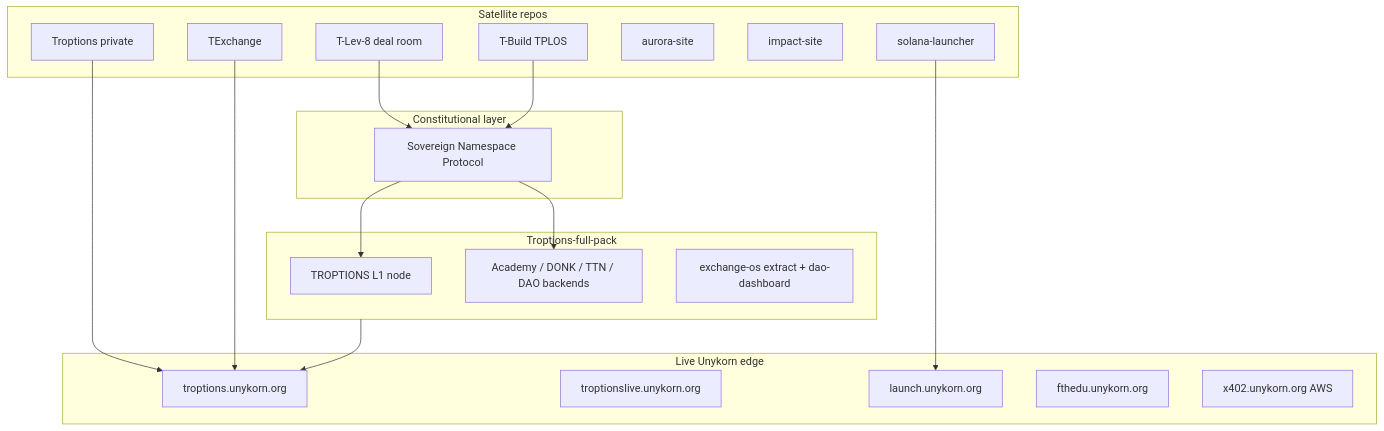
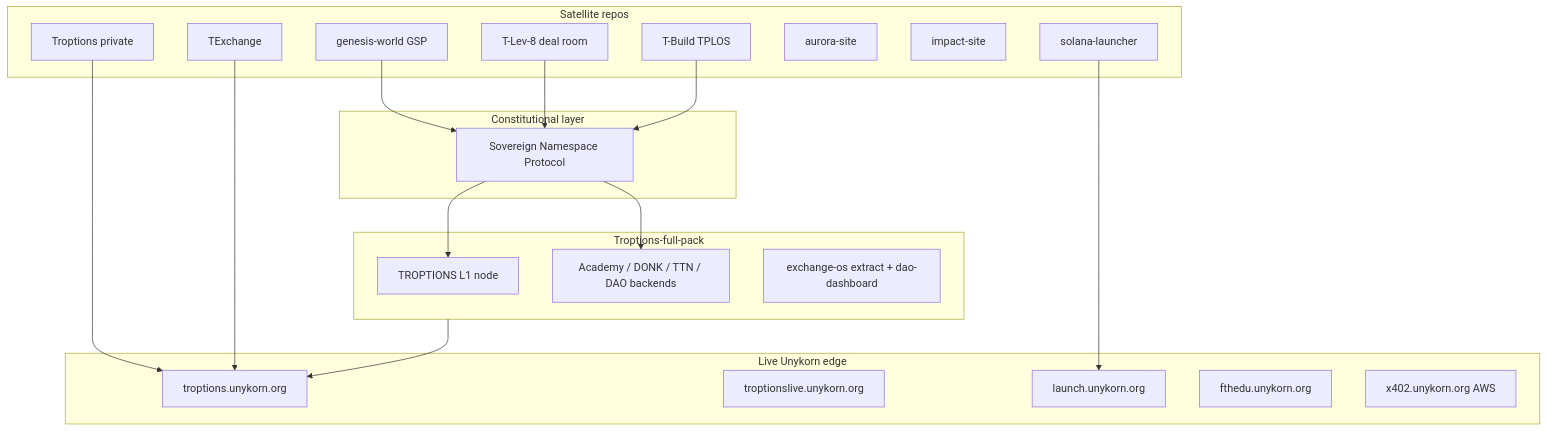
The diagram in docs/technical/ECOSYSTEM_MAP.md (FTHTrading/Troptions-full-pack), drawn with Mermaid before and after one commit. The commit also changed other lines of this file and 26 other files, not shown here.

First line of the commit message:
Integrate public genesis-world and verification status.

````diff
--- a/docs/technical/ECOSYSTEM_MAP.md
+++ b/docs/technical/ECOSYSTEM_MAP.md
@@ -17,35 +17,37 @@
 ```mermaid
 flowchart TB
   subgraph constitutional["Constitutional layer"]
     SNP[Sovereign Namespace Protocol]
   end
   subgraph monorepo["Troptions-full-pack"]
     L1[TROPTIONS L1 node]
     BE[Academy / DONK / TTN / DAO backends]
     FE[exchange-os extract + dao-dashboard]
   end
   subgraph satellite["Satellite repos"]
+    GSP[genesis-world GSP]
     LEV[T-Lev-8 deal room]
     BUILD[T-Build TPLOS]
     TRO[Troptions private]
     TEX[TExchange]
     AUR[aurora-site]
     IMP[impact-site]
     SOL[solana-launcher]
   end
   subgraph live["Live Unykorn edge"]
     HUB[troptions.unykorn.org]
     LIVE[troptionslive.unykorn.org]
     LAUNCH[launch.unykorn.org]
     EDU[fthedu.unykorn.org]
     X402[x402.unykorn.org AWS]
   end
   SNP --> L1
   SNP --> BE
   monorepo --> HUB
   TRO --> HUB
   TEX --> HUB
   SOL --> LAUNCH
+  GSP --> SNP
   LEV --> SNP
   BUILD --> SNP
 ```
````
